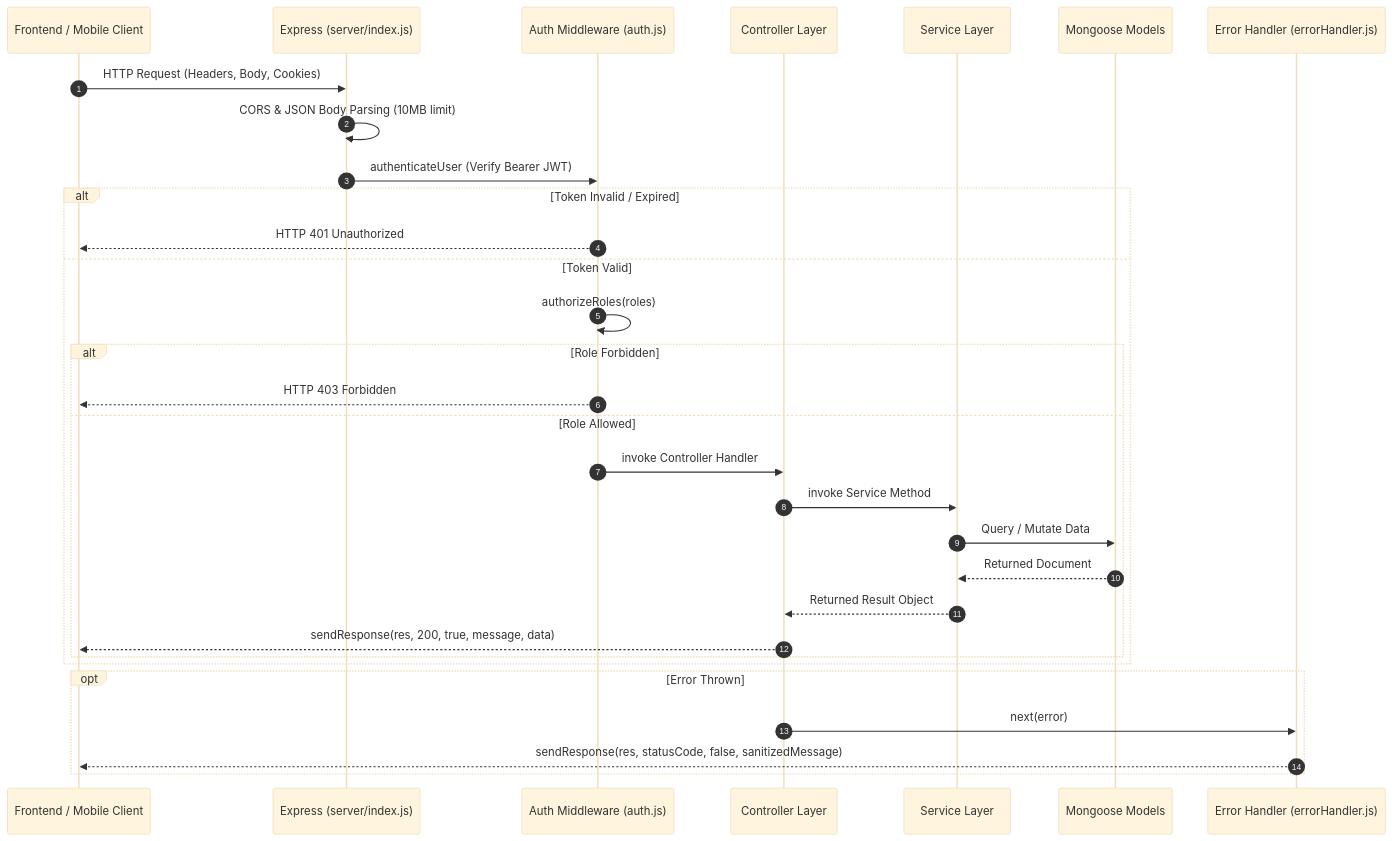
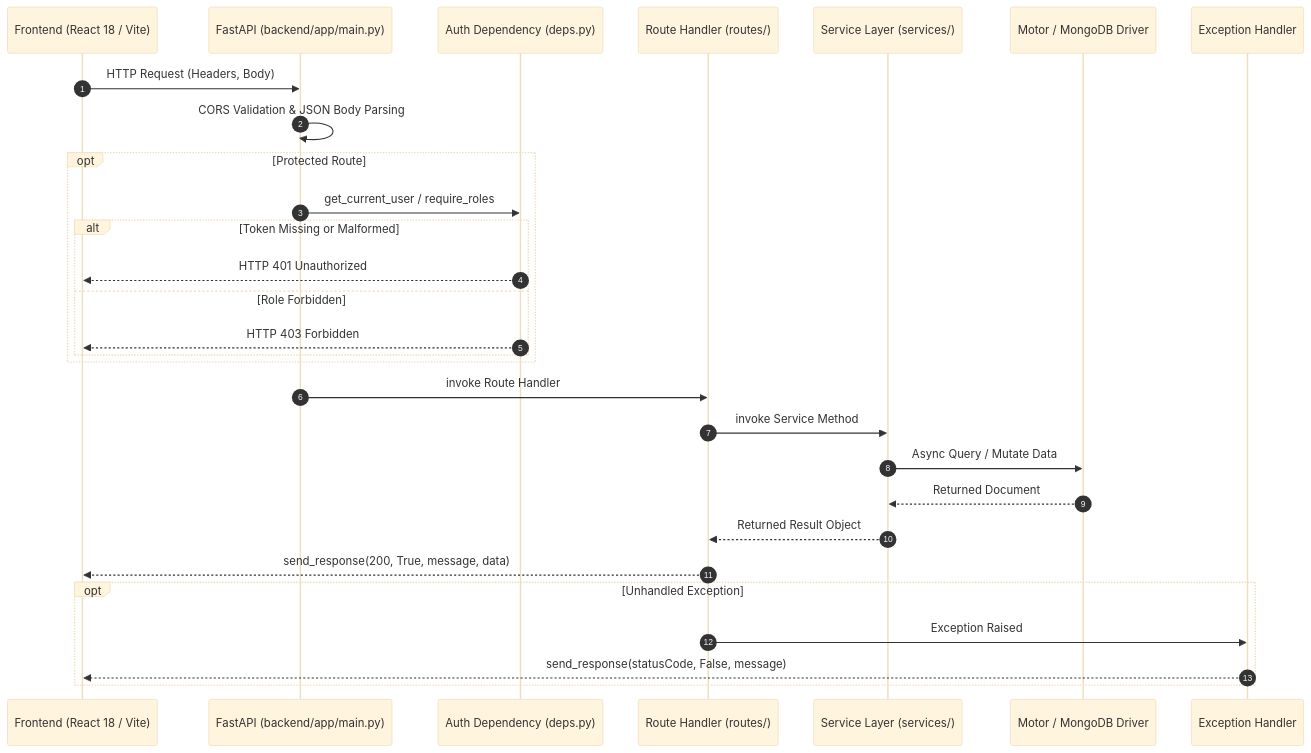
Before and after one commit to pixel-library/NextCampus: the diagram in docs/BACKEND.md, drawn with Mermaid (base theme). The commit also changed other lines of this file and 51 other files, not shown here.

Commit message:
feat(backend): add FastAPI backend service and synchronized documentation

````diff
--- a/docs/BACKEND.md
+++ b/docs/BACKEND.md
@@ -32,34 +44,32 @@
 ```mermaid
 sequenceDiagram
     autonumber
-    participant Client as Frontend / Mobile Client
-    participant Express as Express (server/index.js)
-    participant AuthMW as Auth Middleware (auth.js)
-    participant Ctrl as Controller Layer
-    participant Svc as Service Layer
-    participant Mongoose as Mongoose Models
-    participant ErrMW as Error Handler (errorHandler.js)
+    participant Client as Frontend (React 18 / Vite)
+    participant FastAPI as FastAPI (backend/app/main.py)
+    participant AuthMW as Auth Dependency (deps.py)
+    participant Route as Route Handler (routes/)
+    participant Svc as Service Layer (services/)
+    participant Motor as Motor / MongoDB Driver
+    participant ErrMW as Exception Handler
 
-    Client->>Express: HTTP Request (Headers, Body, Cookies)
-    Express->>Express: CORS & JSON Body Parsing (10MB limit)
-    Express->>AuthMW: authenticateUser (Verify Bearer JWT)
-    alt Token Invalid / Expired
-        AuthMW-->>Client: HTTP 401 Unauthorized
-    else Token Valid
-        AuthMW->>AuthMW: authorizeRoles(roles)
-        alt Role Forbidden
+    Client->>FastAPI: HTTP Request (Headers, Body)
+    FastAPI->>FastAPI: CORS Validation & JSON Body Parsing
+    opt Protected Route
+        FastAPI->>AuthMW: get_current_user / require_roles
+        alt Token Missing or Malformed
+            AuthMW-->>Client: HTTP 401 Unauthorized
+        else Role Forbidden
             AuthMW-->>Client: HTTP 403 Forbidden
-        else Role Allowed
-            AuthMW->>Ctrl: invoke Controller Handler
-            Ctrl->>Svc: invoke Service Method
-            Svc->>Mongoose: Query / Mutate Data
-            Mongoose-->>Svc: Returned Document
-            Svc-->>Ctrl: Returned Result Object
-            Ctrl-->>Client: sendResponse(res, 200, true, message, data)
         end
     end
-    opt Error Thrown
-        Ctrl->>ErrMW: next(error)
-        ErrMW-->>Client: sendResponse(res, statusCode, false, sanitizedMessage)
+    FastAPI->>Route: invoke Route Handler
+    Route->>Svc: invoke Service Method
+    Svc->>Motor: Async Query / Mutate Data
+    Motor-->>Svc: Returned Document
+    Svc-->>Route: Returned Result Object
+    Route-->>Client: send_response(200, True, message, data)
+    opt Unhandled Exception
+        Route->>ErrMW: Exception Raised
+        ErrMW-->>Client: send_response(statusCode, False, message)
     end
 ```
````
